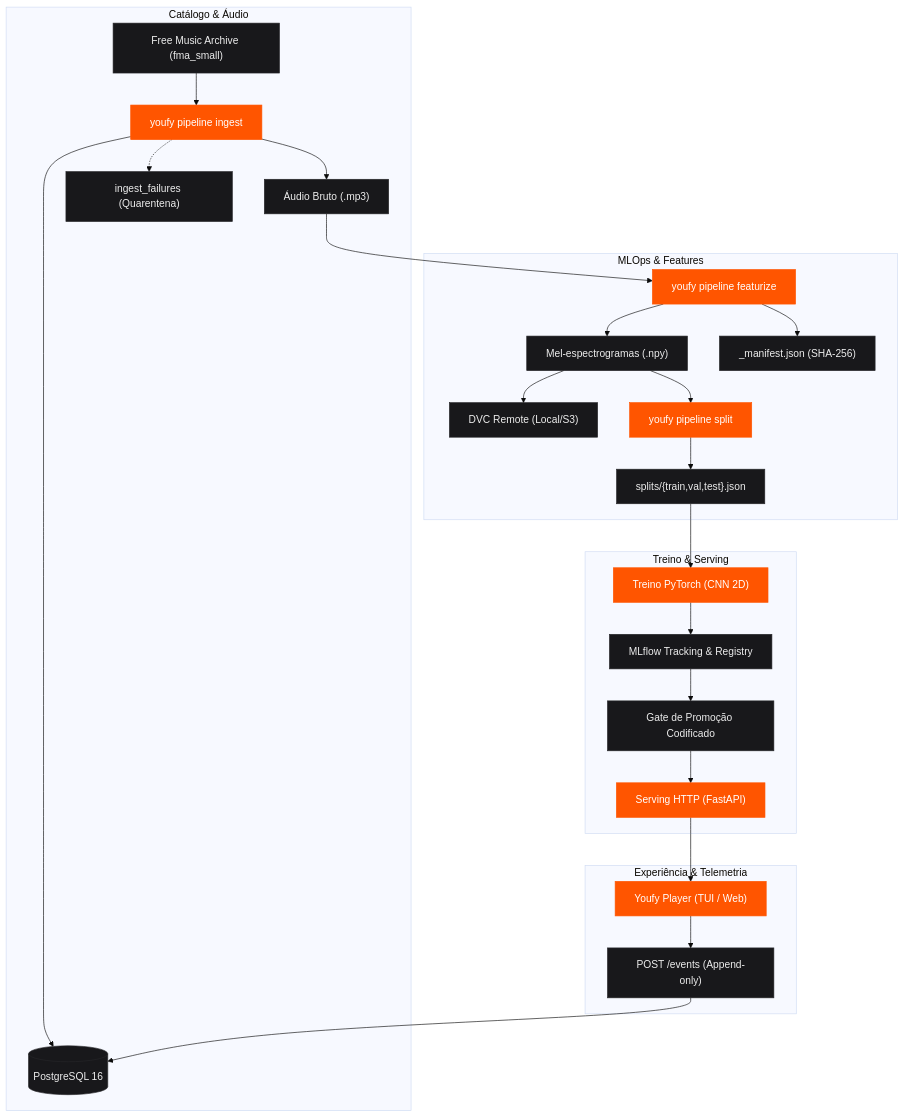
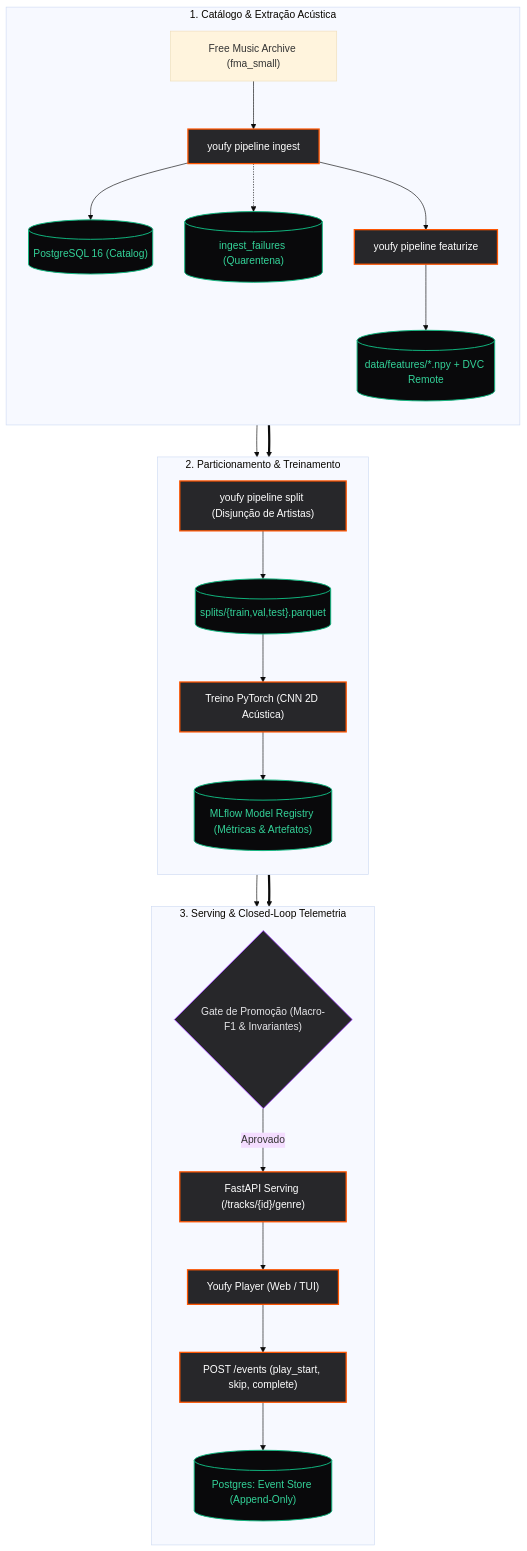
One commit to Oseiasdfarias/youfy changed the diagram in docs/index.md. Above: the diagram before and after it, drawn with Mermaid (base theme). The commit also changed 1 other file, not shown here.

Commit message:
style(diagrams): empilhar secao 4 estritamente na vertical e redesenhar arquitetura ponta a ponta

````diff
--- a/docs/index.md
+++ b/docs/index.md
@@ -433,36 +433,40 @@
 ```mermaid
 flowchart TD
-    subgraph Catálogo & Áudio
-        A["Free Music Archive (fma_small)"] --> B["youfy pipeline ingest"]
-        B --> C[("PostgreSQL 16")]
-        B --> D["Áudio Bruto (.mp3)"]
-        B -.-> Q["ingest_failures (Quarentena)"]
+    subgraph S_Data["1. Catálogo & Extração Acústica"]
+        direction TB
+        FMA["Free Music Archive (fma_small)"] --> Ingest["youfy pipeline ingest"]
+        Ingest --> DB[("PostgreSQL 16 (Catalog)")]
+        Ingest -.-> Quarantine[("ingest_failures (Quarentena)")]
+        Ingest --> Feat["youfy pipeline featurize"]
+        Feat --> MelStore[("data/features/*.npy + DVC Remote")]
     end
 
-    subgraph MLOps & Features
-        D --> E["youfy pipeline featurize"]
-        E --> F["Mel-espectrogramas (.npy)"]
-        E --> G["_manifest.json (SHA-256)"]
-        F --> H["DVC Remote (Local/S3)"]
-        F --> I["youfy pipeline split"]
-        I --> J["splits/{train,val,test}.json"]
+    subgraph S_MLOps["2. Particionamento & Treinamento"]
+        direction TB
+        MelStore --> Split["youfy pipeline split (Disjunção de Artistas)"]
+        Split --> Partitions[("splits/{train,val,test}.parquet")]
+        Partitions --> Train["Treino PyTorch (CNN 2D Acústica)"]
+        Train --> Registry[("MLflow Model Registry (Métricas & Artefatos)")]
     end
 
-    subgraph Treino & Serving
-        J --> K["Treino PyTorch (CNN 2D)"]
-        K --> L["MLflow Tracking & Registry"]
-        L --> M["Gate de Promoção Codificado"]
-        M --> N["Serving HTTP (FastAPI)"]
+    subgraph S_Serving["3. Serving & Closed-Loop Telemetria"]
+        direction TB
+        Registry --> Gate{"Gate de Promoção (Macro-F1 & Invariantes)"}
+        Gate -->|Aprovado| Server["FastAPI Serving (/tracks/{id}/genre)"]
+        Server --> Player["Youfy Player (Web / TUI)"]
+        Player --> Telemetry["POST /events (play_start, skip, complete)"]
+        Telemetry --> EventStore[("Postgres: Event Store (Append-Only)")]
     end
 
-    subgraph Experiência & Telemetria
-        N --> O["Youfy Player (TUI / Web)"]
-        O --> P["POST /events (Append-only)"]
-        P --> C
-    end
+    S_Data ==> S_MLOps
+    S_MLOps ==> S_Serving
 
-    classDef accent fill:#ff5500,stroke:#ff5500,color:#fff;
-    classDef subtle fill:#18181b,stroke:#27272a,color:#ededed;
-    class B,E,I,K,N,O accent;
-    class A,C,D,F,G,H,J,L,M,P,Q subtle;
+    classDef stage fill:#18181b,stroke:#3b82f6,stroke-width:1.5px,color:#f4f4f5;
+    classDef storage fill:#09090b,stroke:#10b981,stroke-width:1.5px,color:#34d399;
+    classDef action fill:#27272a,stroke:#ff5500,stroke-width:2px,color:#ffffff;
+    classDef gate fill:#27272a,stroke:#a855f7,stroke-width:1.5px,color:#e4e4e7;
+    
+    class Ingest,Feat,Split,Train,Server,Player,Telemetry action;
+    class DB,Quarantine,MelStore,Partitions,Registry,EventStore storage;
+    class Gate gate;
 ```
````
